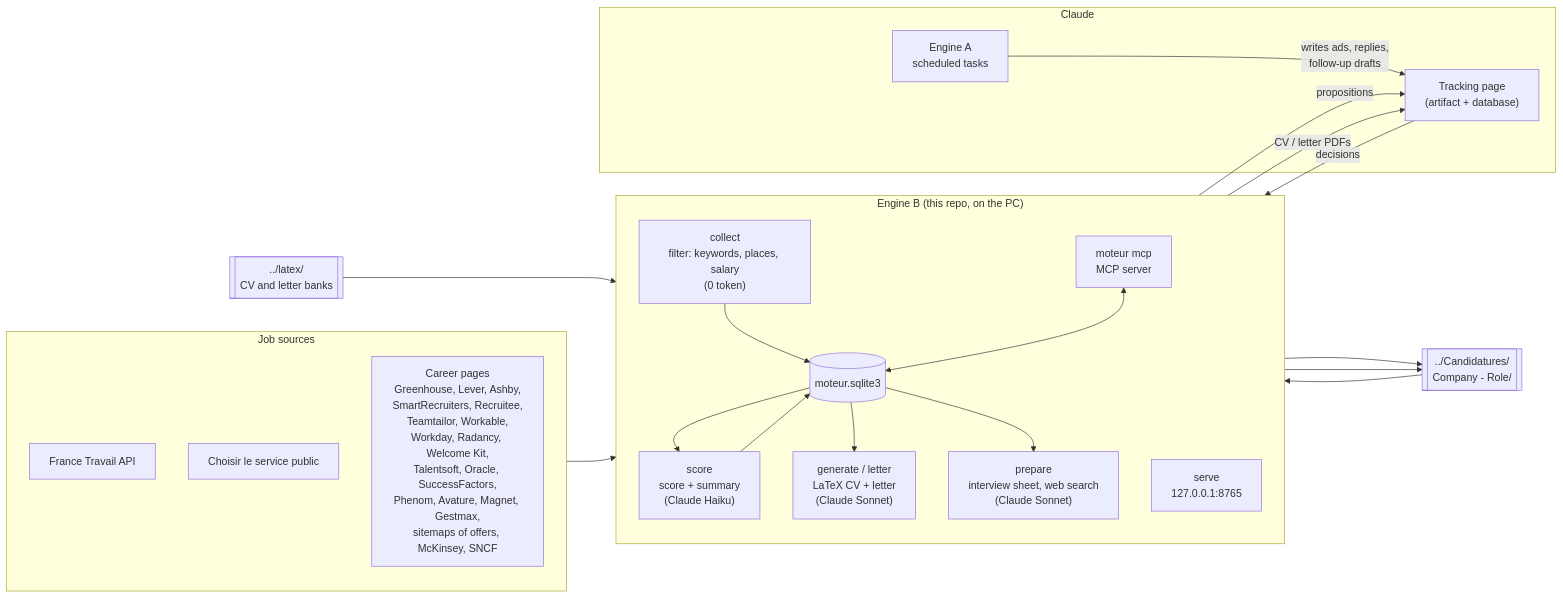
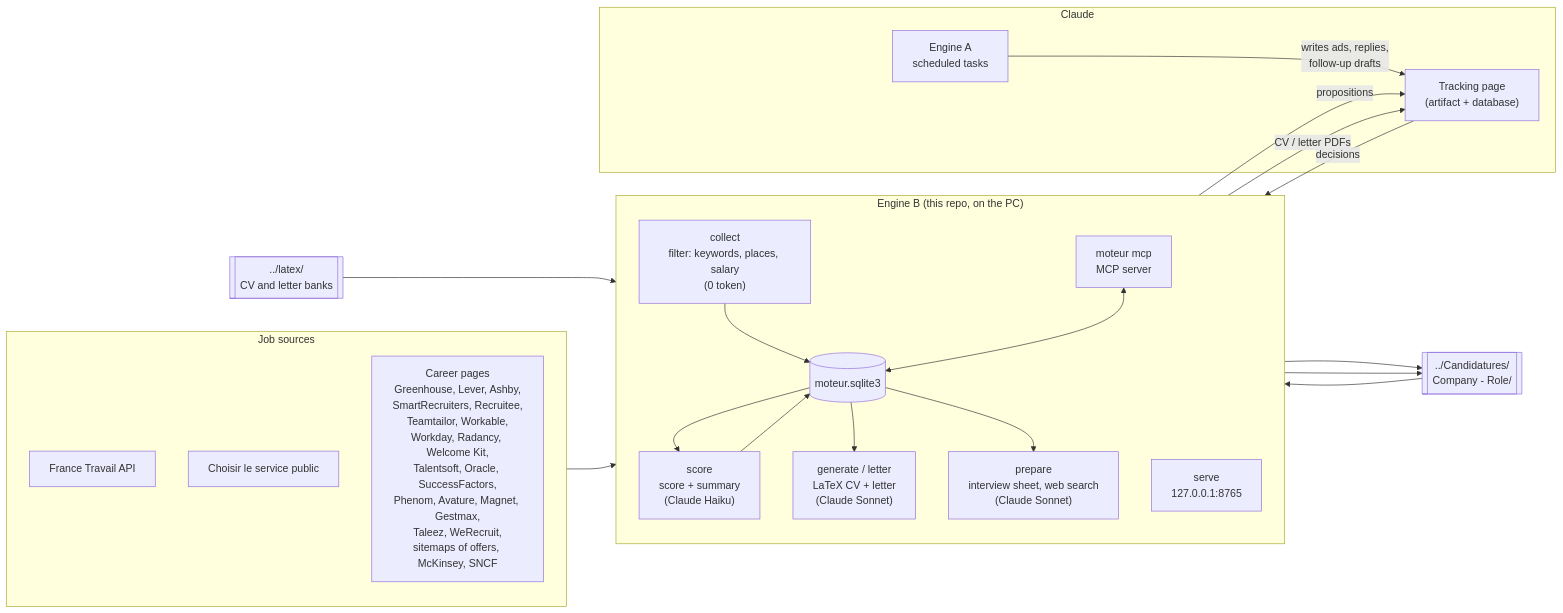
One commit to antoinebertoux/moteur-candidatures changed the first of 2 diagrams in README.md. Above: the diagram before and after it, drawn with Mermaid. The commit also changed other lines of this file and 14 other files, not shown here.

First line of the commit message:
Add Taleez and WeRecruit sources; follow Bertin, TEHTRIS, GLIMPS and Unseenlabs (SRC-103 to SRC-108)

````diff
--- a/README.md
+++ b/README.md
@@ -19,41 +19,41 @@
 ```mermaid
 flowchart LR
     subgraph sources["Job sources"]
         FT["France Travail API"]
         SP["Choisir le service public"]
-        ATS["Career pages<br/>Greenhouse, Lever, Ashby,<br/>SmartRecruiters, Recruitee,<br/>Teamtailor, Workable,<br/>Workday, Radancy, Welcome Kit,<br/>Talentsoft, Oracle, SuccessFactors,<br/>Phenom, Avature, Magnet, Gestmax,<br/>sitemaps of offers, McKinsey, SNCF"]
+        ATS["Career pages<br/>Greenhouse, Lever, Ashby,<br/>SmartRecruiters, Recruitee,<br/>Teamtailor, Workable,<br/>Workday, Radancy, Welcome Kit,<br/>Talentsoft, Oracle, SuccessFactors,<br/>Phenom, Avature, Magnet, Gestmax,<br/>Taleez, WeRecruit,<br/>sitemaps of offers, McKinsey, SNCF"]
     end
 
     subgraph B["Engine B (this repo, on the PC)"]
         direction TB
         COL["collect<br/>filter: keywords, places, salary<br/>(0 token)"]
         DB[("moteur.sqlite3")]
         NOT["score<br/>score + summary<br/>(Claude Haiku)"]
         GEN["generate / letter<br/>LaTeX CV + letter<br/>(Claude Sonnet)"]
         PREP["prepare<br/>interview sheet, web search<br/>(Claude Sonnet)"]
         MCP["moteur mcp<br/>MCP server"]
         SRV["serve<br/>127.0.0.1:8765"]
         COL --> DB --> NOT --> DB
         DB --> GEN
         DB --> PREP
         MCP <--> DB
     end
 
     subgraph claude["Claude"]
         PAGE["Tracking page<br/>(artifact + database)"]
         A["Engine A<br/>scheduled tasks"]
     end
 
     LATEX[["../latex/<br/>CV and letter banks"]]
     OUT[["../Candidatures/<br/>Company - Role/"]]
 
     sources --> COL
     LATEX --> GEN
     GEN --> OUT
     PREP --> OUT
     MCP -- "propositions" --> PAGE
     PAGE -- "decisions" --> MCP
     A -- "writes ads, replies,<br/>follow-up drafts" --> PAGE
     SRV -- "CV / letter PDFs" --> PAGE
     OUT --> SRV
 ```
````
